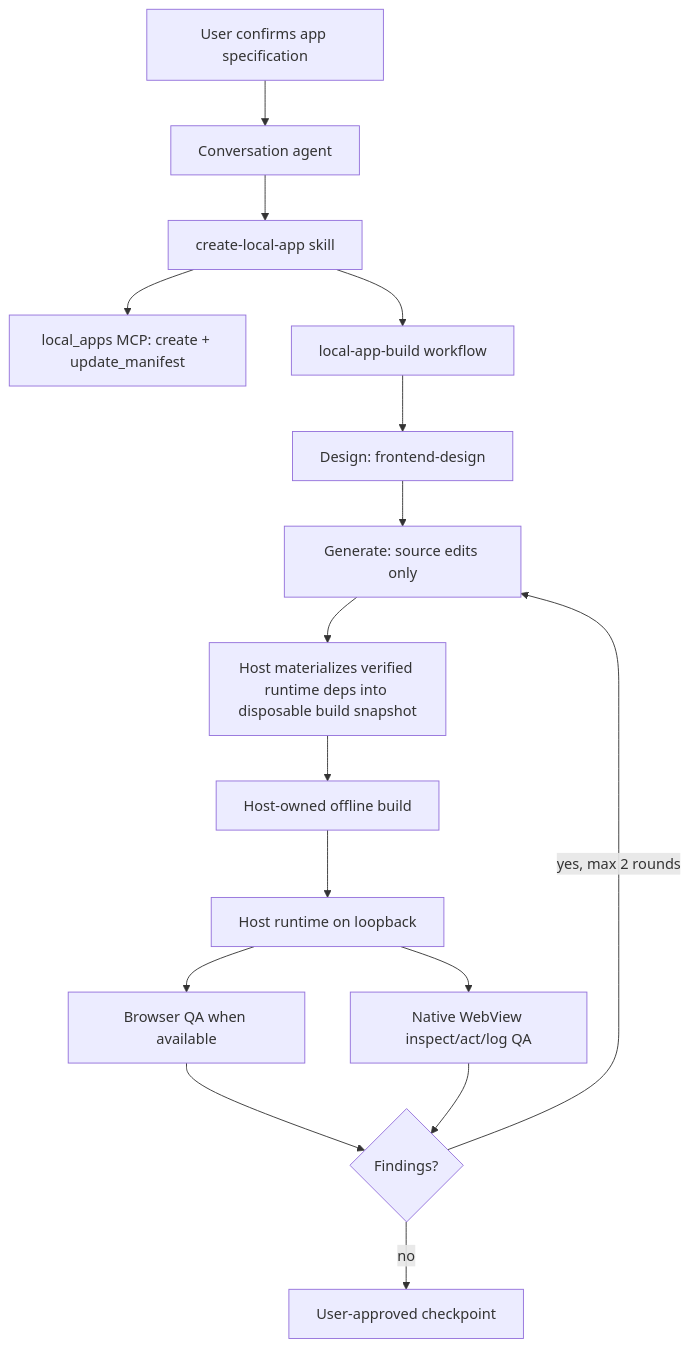
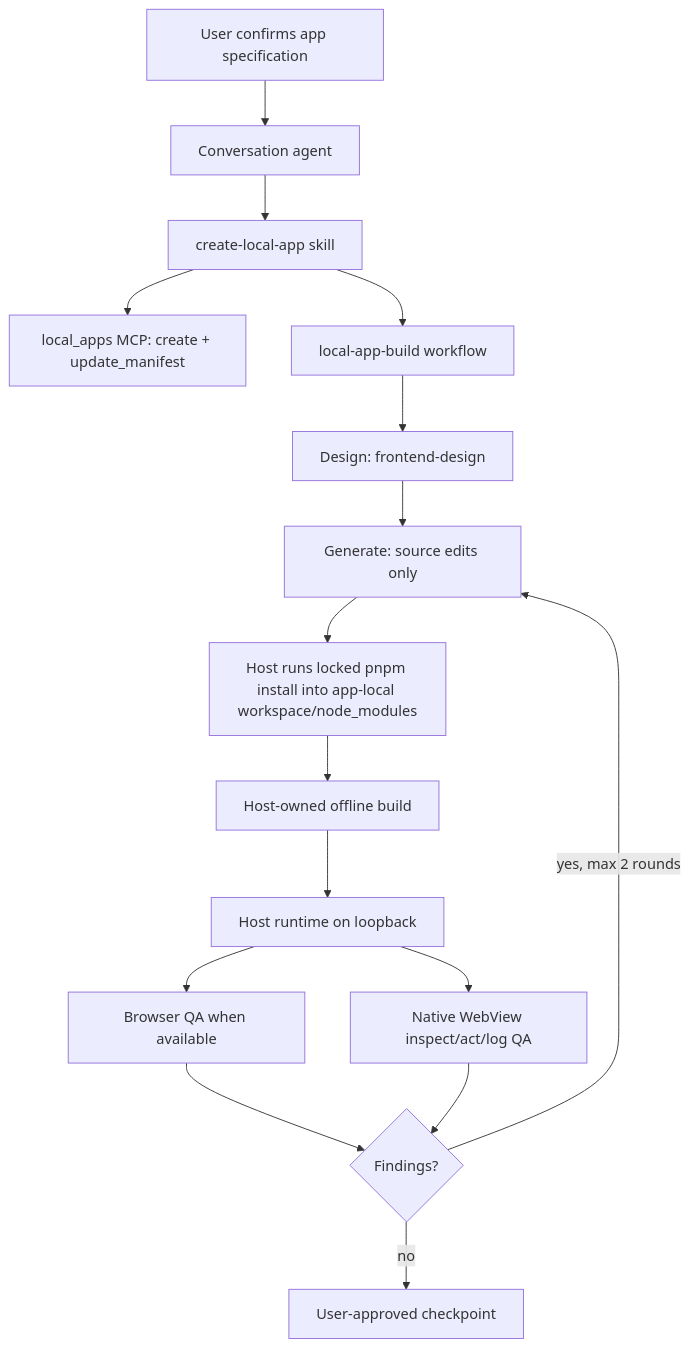
The diagram in docs/local-apps/HANDOFF.md (lingxi-coder/lingxi-app), drawn with Mermaid before and after one commit. The commit also changed other lines of this file and 113 other files, not shown here.

````diff
--- a/docs/local-apps/HANDOFF.md
+++ b/docs/local-apps/HANDOFF.md
@@ -23,18 +23,18 @@
 ```mermaid
 flowchart TD
     U["User confirms app specification"] --> C["Conversation agent"]
     C --> S["create-local-app skill"]
     S --> M["local_apps MCP: create + update_manifest"]
     S --> W["local-app-build workflow"]
     W --> D["Design: frontend-design"]
     D --> G["Generate: source edits only"]
-    G --> I["Host materializes verified runtime deps into disposable build snapshot"]
+    G --> I["Host runs locked pnpm install into app-local workspace/node_modules"]
     I --> B["Host-owned offline build"]
     B --> R["Host runtime on loopback"]
     R --> Q["Browser QA when available"]
     R --> V["Native WebView inspect/act/log QA"]
     Q --> F{"Findings?"}
     V --> F
     F -->|"yes, max 2 rounds"| G
     F -->|"no"| P["User-approved checkpoint"]
 ```
````
